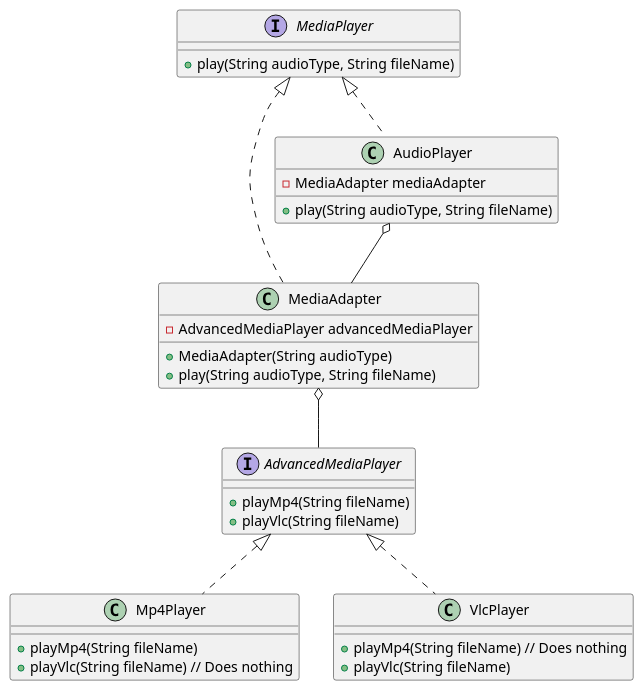
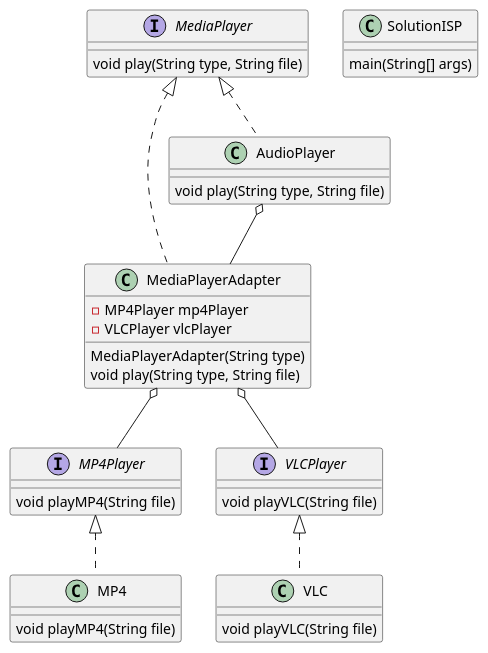
Before and after one commit to tanishasri22/LLD: the diagram in structuralPattern/adapterPattern/basicImplementation/uml/code.puml, drawn with PlantUML. The commit also changed 3 other files, not shown here.

```diff
--- a/structuralPattern/adapterPattern/basicImplementation/uml/code.puml
+++ b/structuralPattern/adapterPattern/basicImplementation/uml/code.puml
@@ -1,36 +1,43 @@
 @startuml
+
 interface MediaPlayer {
-    +play(String audioType, String fileName)
+    void play(String type, String file)
 }
 
-interface AdvancedMediaPlayer {
-    +playMp4(String fileName)
-    +playVlc(String fileName)
+interface MP4Player {
+    void playMP4(String file)
 }
 
-class Mp4Player implements AdvancedMediaPlayer {
-    +playMp4(String fileName)
-    +playVlc(String fileName) // Does nothing
+interface VLCPlayer {
+    void playVLC(String file)
 }
 
-class VlcPlayer implements AdvancedMediaPlayer {
-    +playMp4(String fileName) // Does nothing
-    +playVlc(String fileName)
+class MP4 implements MP4Player {
+    void playMP4(String file)
 }
 
-class MediaAdapter implements MediaPlayer {
-    - AdvancedMediaPlayer advancedMediaPlayer
-    + MediaAdapter(String audioType)
-    + play(String audioType, String fileName)
+class VLC implements VLCPlayer {
+    void playVLC(String file)
+}
+
+class MediaPlayerAdapter implements MediaPlayer {
+    - MP4Player mp4Player
+    - VLCPlayer vlcPlayer
+    MediaPlayerAdapter(String type)
+    void play(String type, String file)
 }
 
 class AudioPlayer implements MediaPlayer {
-    - MediaAdapter mediaAdapter
-    + play(String audioType, String fileName)
+    void play(String type, String file)
+}
+
+class SolutionISP {
+    main(String[] args)
 }
 
 
-MediaAdapter o-- AdvancedMediaPlayer
-AudioPlayer o-- MediaAdapter
+MediaPlayerAdapter o-- MP4Player
+MediaPlayerAdapter o-- VLCPlayer
+AudioPlayer o-- MediaPlayerAdapter
 
 @enduml
```
